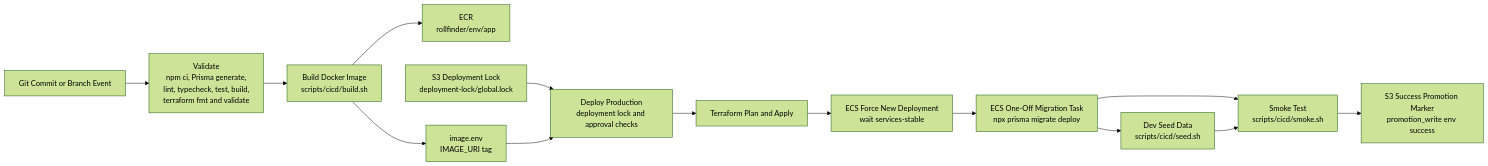
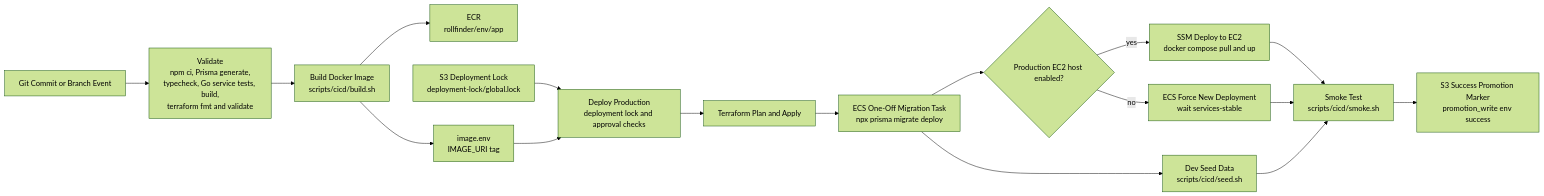
One commit to miljimo/rollfinders changed the first of 3 diagrams in docs/architecture/deployment-flow.md. Above: the diagram before and after it, drawn with Mermaid (forest theme). The commit also changed other lines of this file and 23 other files, not shown here.

````diff
--- a/docs/architecture/deployment-flow.md
+++ b/docs/architecture/deployment-flow.md
@@ -7,30 +7,35 @@
 ```mermaid
 flowchart LR
   commit[Git Commit or Branch Event]
-  validate[Validate<br/>npm ci, Prisma generate,<br/>lint, typecheck, test, build,<br/>terraform fmt and validate]
+  validate[Validate<br/>npm ci, Prisma generate,<br/>typecheck, Go service tests, build,<br/>terraform fmt and validate]
   build[Build Docker Image<br/>scripts/cicd/build.sh]
   ecr[ECR<br/>rollfinder/env/app]
   artifact[image.env<br/>IMAGE_URI tag]
   lock[S3 Deployment Lock<br/>deployment-lock/global.lock]
   deploy_env[Deploy Production<br/>deployment lock and approval checks]
   tf[Terraform Plan and Apply]
+  runtime{Production EC2 host enabled?}
+  ec2[SSM Deploy to EC2<br/>docker compose pull and up]
   ecs[ECS Force New Deployment<br/>wait services-stable]
   migrate[ECS One-Off Migration Task<br/>npx prisma migrate deploy]
   seed[Dev Seed Data<br/>scripts/cicd/seed.sh]
   smoke[Smoke Test<br/>scripts/cicd/smoke.sh]
   marker[S3 Success Promotion Marker<br/>promotion_write env success]
 
   commit --> validate
   validate --> build
   build --> ecr
   build --> artifact
   lock --> deploy_env
   artifact --> deploy_env
   deploy_env --> tf
-  tf --> ecs
-  ecs --> migrate
+  tf --> migrate
+  migrate --> runtime
+  runtime -->|yes| ec2
+  runtime -->|no| ecs
   migrate --> seed
-  migrate --> smoke
+  ec2 --> smoke
+  ecs --> smoke
   seed --> smoke
   smoke --> marker
 ```
````
